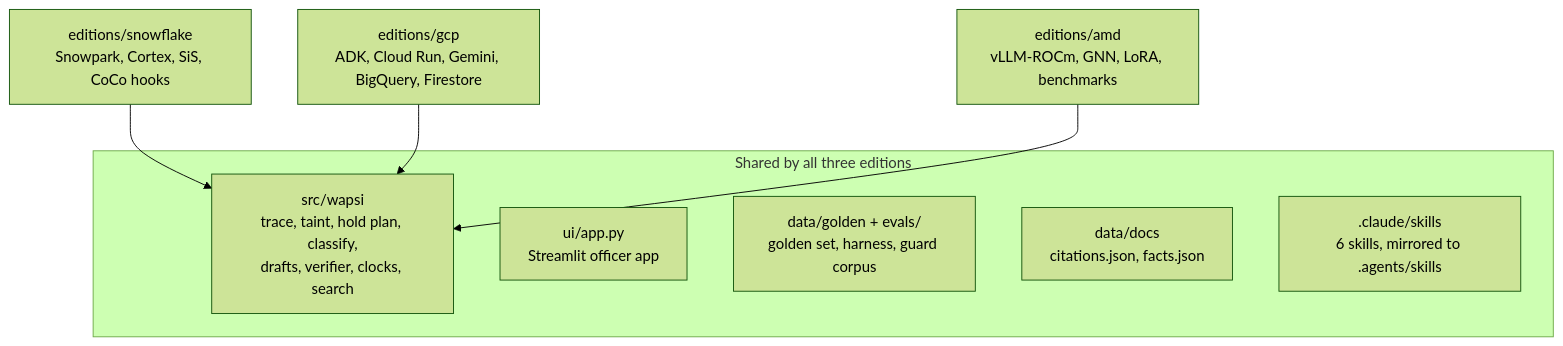
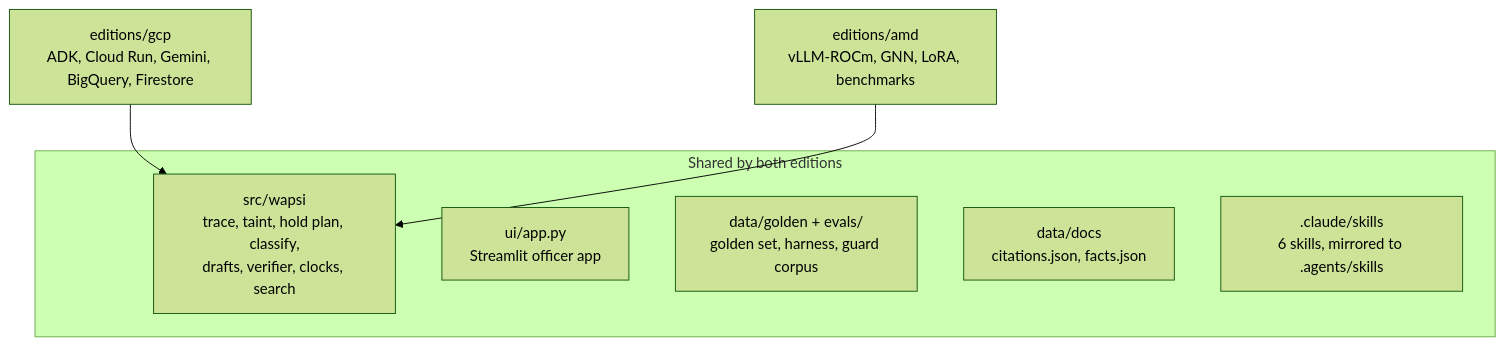
Before and after one commit to GODOSTROYER/wapsi: the diagram in docs/editions.md, drawn with Mermaid (forest theme). The commit also changed other lines of this file and 146 other files, not shown here.

First line of the commit message:
Remove the Snowflake edition; two editions (Google Cloud, AMD) on one core

````diff
--- a/docs/editions.md
+++ b/docs/editions.md
@@ -29,13 +29,12 @@
 ```mermaid
 flowchart TB
-    subgraph SHARED["Shared by all three editions"]
+    subgraph SHARED["Shared by both editions"]
         CORE["src/wapsi<br/>trace, taint, hold plan, classify,<br/>drafts, verifier, clocks, search"]
         UI["ui/app.py<br/>Streamlit officer app"]
         GOLD["data/golden + evals/<br/>golden set, harness, guard corpus"]
         DOCS["data/docs<br/>citations.json, facts.json"]
         SK[".claude/skills<br/>6 skills, mirrored to .agents/skills"]
     end
-    SF["editions/snowflake<br/>Snowpark, Cortex, SiS, CoCo hooks"] --> CORE
     GC["editions/gcp<br/>ADK, Cloud Run, Gemini, BigQuery, Firestore"] --> CORE
     AM["editions/amd<br/>vLLM-ROCm, GNN, LoRA, benchmarks"] --> CORE
 ```
````
